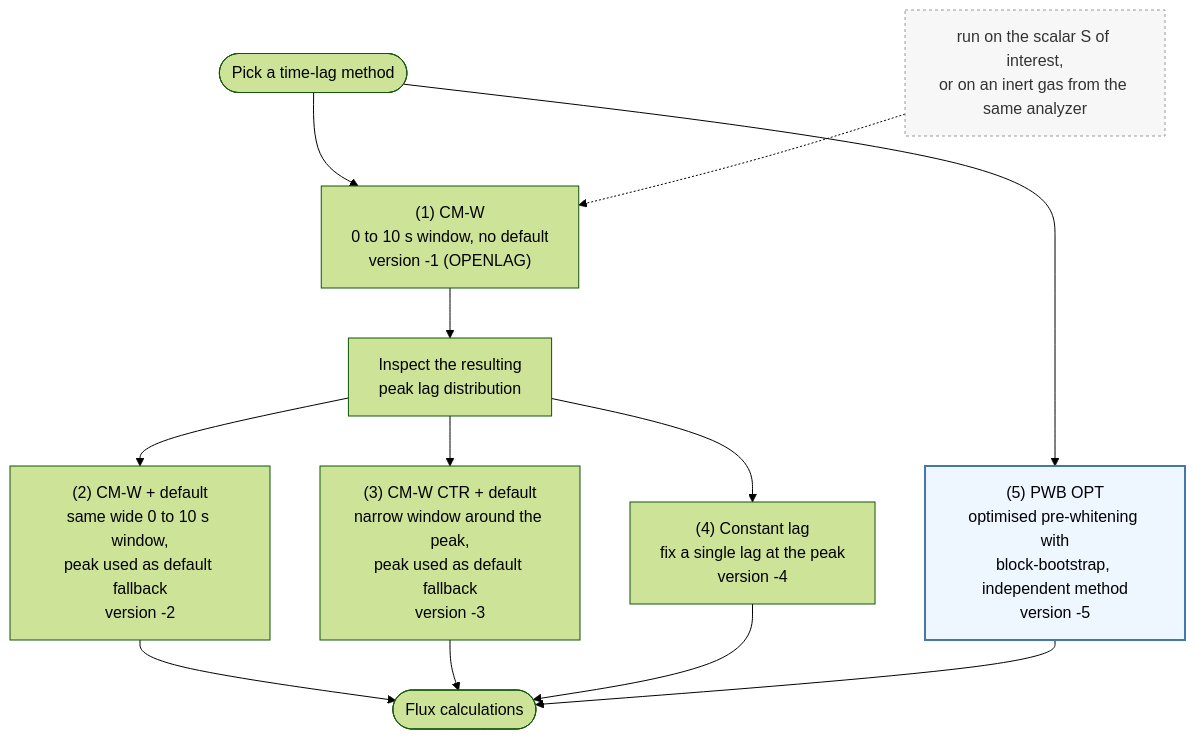
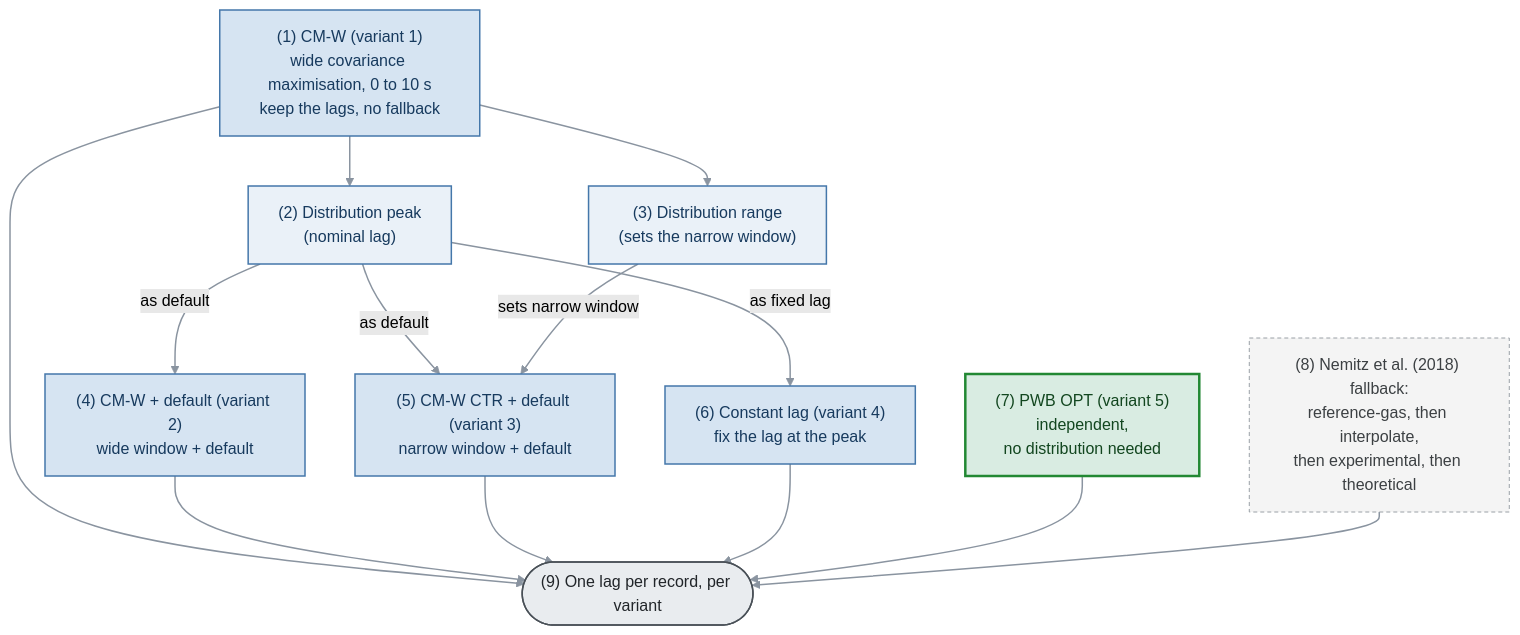
Before and after one commit to holukas/ms-timelag-comparison: the diagram in docs/time-lag-options.md, drawn with Mermaid (forest theme). The commit also changed other lines of this file, not shown here.

Commit message:
Docs: rework time-lag options into a study-variants decision flowchart

````diff
--- a/docs/time-lag-options.md
+++ b/docs/time-lag-options.md
@@ -10,24 +18,37 @@
 ```mermaid
 flowchart TD
-    S([Pick a time-lag method]) --> A
-    S --> F
+    C1["(1) CM-W (variant 1)<br/>wide covariance maximisation, 0 to 10 s<br/>keep the lags, no fallback"]
 
-    A["(1) CM-W<br/>0 to 10 s window, no default<br/>version -1 (OPENLAG)"]
-    N1["run on the scalar S of interest,<br/>or on an inert gas from the same analyzer"] -.-> A
-    A --> B["Inspect the resulting<br/>peak lag distribution"]
-    B --> C["(2) CM-W + default<br/>same wide 0 to 10 s window,<br/>peak used as default fallback<br/>version -2"]
-    B --> D["(3) CM-W CTR + default<br/>narrow window around the peak,<br/>peak used as default fallback<br/>version -3"]
-    B --> E["(4) Constant lag<br/>fix a single lag at the peak<br/>version -4"]
+    C1 --> PK["(2) Distribution peak<br/>(nominal lag)"]
+    C1 --> RG["(3) Distribution range<br/>(sets the narrow window)"]
 
-    F["(5) PWB OPT<br/>optimised pre-whitening with<br/>block-bootstrap, independent method<br/>version -5"]
+    PK -->|"as default"| V2["(4) CM-W + default (variant 2)<br/>wide window + default"]
+    PK -->|"as default"| V3["(5) CM-W CTR + default (variant 3)<br/>narrow window + default"]
+    RG -->|"sets narrow window"| V3
+    PK -->|"as fixed lag"| V4["(6) Constant lag (variant 4)<br/>fix the lag at the peak"]
 
-    C --> G(["Flux calculations"])
-    D --> G
-    E --> G
-    F --> G
+    P5["(7) PWB OPT (variant 5)<br/>independent,<br/>no distribution needed"]
 
-    classDef ref fill:#eef6ff,stroke:#4477AA,stroke-width:2px;
-    class F ref;
-    classDef note fill:#f7f7f7,stroke:#999,stroke-dasharray:3 3,color:#333;
-    class N1 note;
+    NM["(8) Nemitz et al. (2018) fallback:<br/>reference-gas, then interpolate,<br/>then experimental, then theoretical"]
+
+    C1 --> Z(["(9) One lag per record, per variant"])
+    V2 --> Z
+    V3 --> Z
+    V4 --> Z
+    P5 --> Z
+    NM --> Z
+
+    classDef terminal fill:#e9ecef,stroke:#495057,stroke-width:1.5px,color:#212529;
+    classDef proc fill:#eaf1f8,stroke:#4477aa,stroke-width:1.5px,color:#173a5e;
+    classDef method fill:#d6e4f2,stroke:#4477aa,stroke-width:1.5px,color:#173a5e;
+    classDef ref fill:#d9ece2,stroke:#228833,stroke-width:2.5px,color:#12461f;
+    classDef note fill:#f4f4f4,stroke:#9aa0a6,stroke-width:1px,color:#3c4043,stroke-dasharray:4 3;
+
+    class Z terminal;
+    class PK,RG proc;
+    class NM note;
+    class C1,V2,V3,V4 method;
+    class P5 ref;
+
+    linkStyle default stroke:#8a94a0,stroke-width:1.5px;
 ```
````
